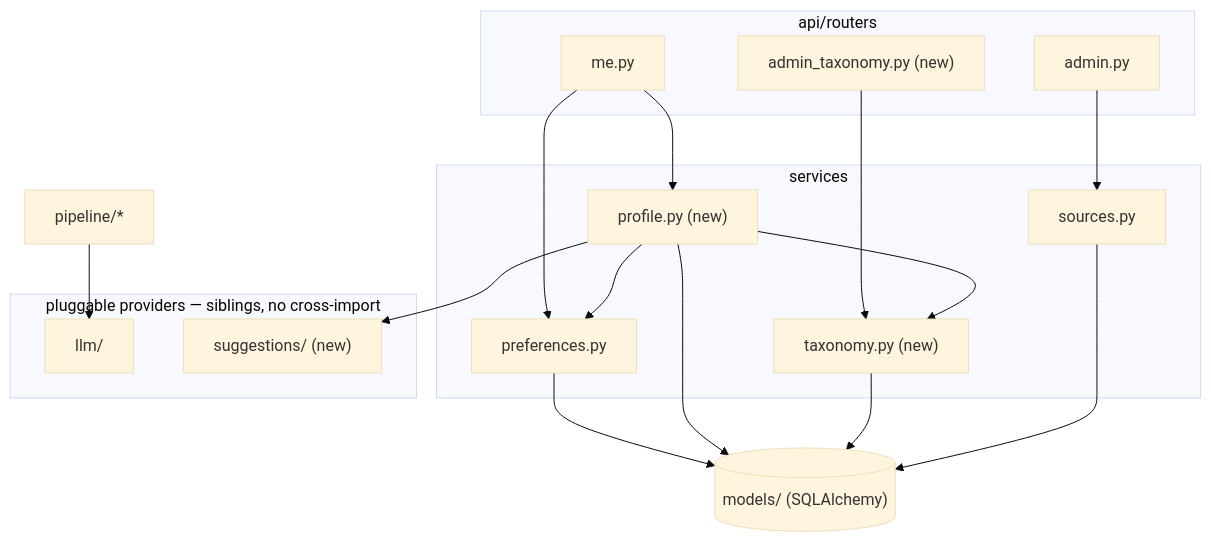
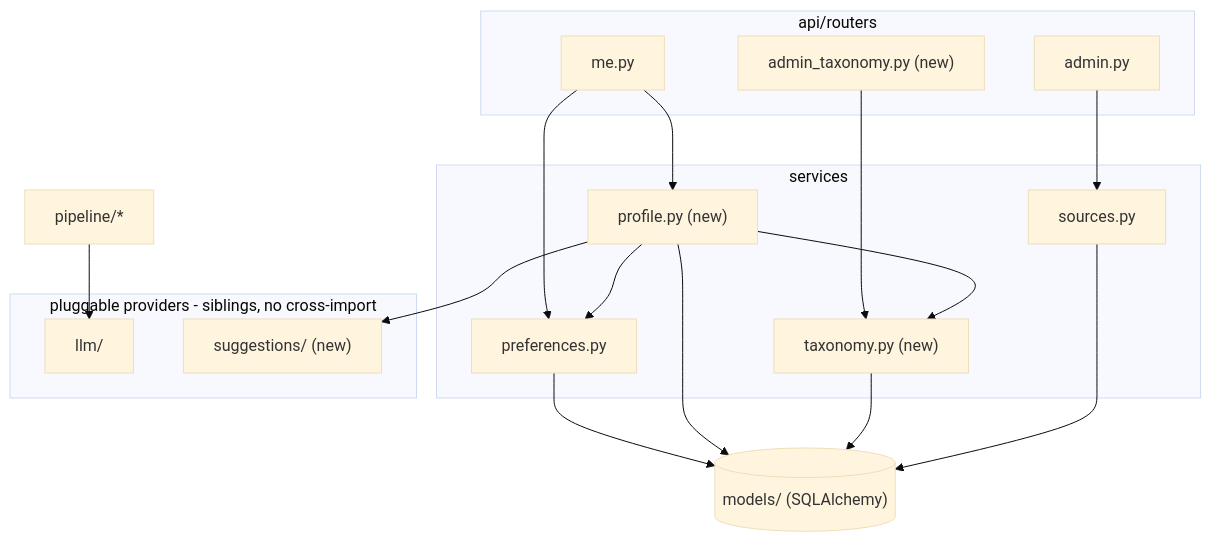
Before and after one commit to MONS-Designers/news-agent: the first of 2 diagrams in _bmad-output/planning-artifacts/architecture/architecture-news-agent-2026-07-22/ARCHITECTURE-SPINE.md, drawn with Mermaid (base theme). The commit also changed other lines of this file and 148 other files, not shown here.

````diff
--- a/_bmad-output/planning-artifacts/architecture/architecture-news-agent-2026-07-22/ARCHITECTURE-SPINE.md
+++ b/_bmad-output/planning-artifacts/architecture/architecture-news-agent-2026-07-22/ARCHITECTURE-SPINE.md
@@ -101,39 +101,39 @@
 ```mermaid
 flowchart TD
     subgraph routers["api/routers"]
         me["me.py"]
         admin_taxonomy["admin_taxonomy.py (new)"]
         admin["admin.py"]
     end
 
     subgraph services["services"]
         preferences["preferences.py"]
         profile["profile.py (new)"]
         taxonomy["taxonomy.py (new)"]
         sources["sources.py"]
     end
 
     models[("models/ (SQLAlchemy)")]
 
-    subgraph providers["pluggable providers — siblings, no cross-import"]
+    subgraph providers["pluggable providers - siblings, no cross-import"]
         llm["llm/"]
         suggestions["suggestions/ (new)"]
     end
 
     pipeline["pipeline/*"]
 
     me --> preferences
     me --> profile
     admin_taxonomy --> taxonomy
     admin --> sources
 
     profile --> taxonomy
     profile --> suggestions
     profile --> preferences
     preferences --> models
     profile --> models
     taxonomy --> models
     sources --> models
 
     pipeline --> llm
 ```
````
